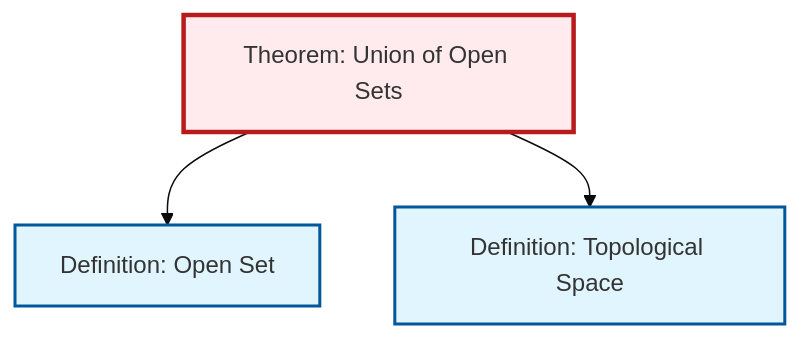
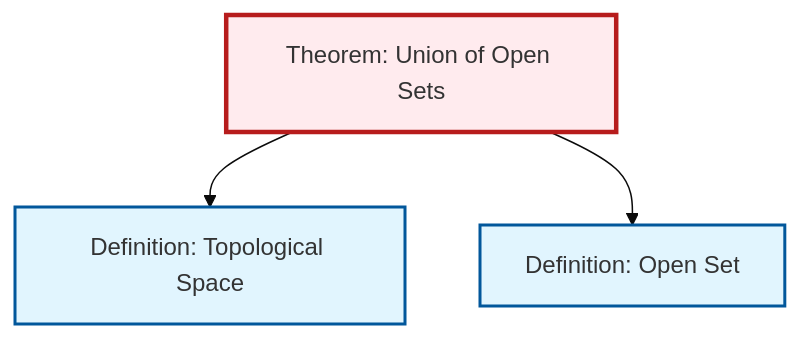
Before and after one commit to RK0429/ModernMath: the diagram in content/en/topology/thm-union-open-sets.qmd, drawn with Mermaid (base theme). The commit also changed other lines of this file and 474 other files, not shown here.

````diff
--- a/content/en/topology/thm-union-open-sets.qmd
+++ b/content/en/topology/thm-union-open-sets.qmd
@@ -60,17 +60,17 @@
 ```{mermaid}
 %%| fig-cap: "Local dependency graph"
 graph TD
     classDef definition fill:#e1f5fe,stroke:#01579b,stroke-width:2px
     classDef theorem fill:#f3e5f5,stroke:#4a148c,stroke-width:2px
     classDef axiom fill:#fff3e0,stroke:#e65100,stroke-width:2px
     classDef example fill:#e8f5e9,stroke:#1b5e20,stroke-width:2px
     classDef current fill:#ffebee,stroke:#b71c1c,stroke-width:3px
-    def-topological-space["Definition: Topological Space"]:::definition
     thm-union-open-sets["Theorem: Union of Open Sets"]:::theorem
     def-open-set["Definition: Open Set"]:::definition
+    def-topological-space["Definition: Topological Space"]:::definition
+    thm-union-open-sets --> def-topological-space
     thm-union-open-sets --> def-open-set
-    thm-union-open-sets --> def-topological-space
     class thm-union-open-sets current
+    click def-open-set "def-open-set.html" "Go to Open Set definition"
     click def-topological-space "def-topological-space.html" "Go to Topological Space definition"
-    click def-open-set "def-open-set.html" "Go to Open Set definition"
 ```
````
